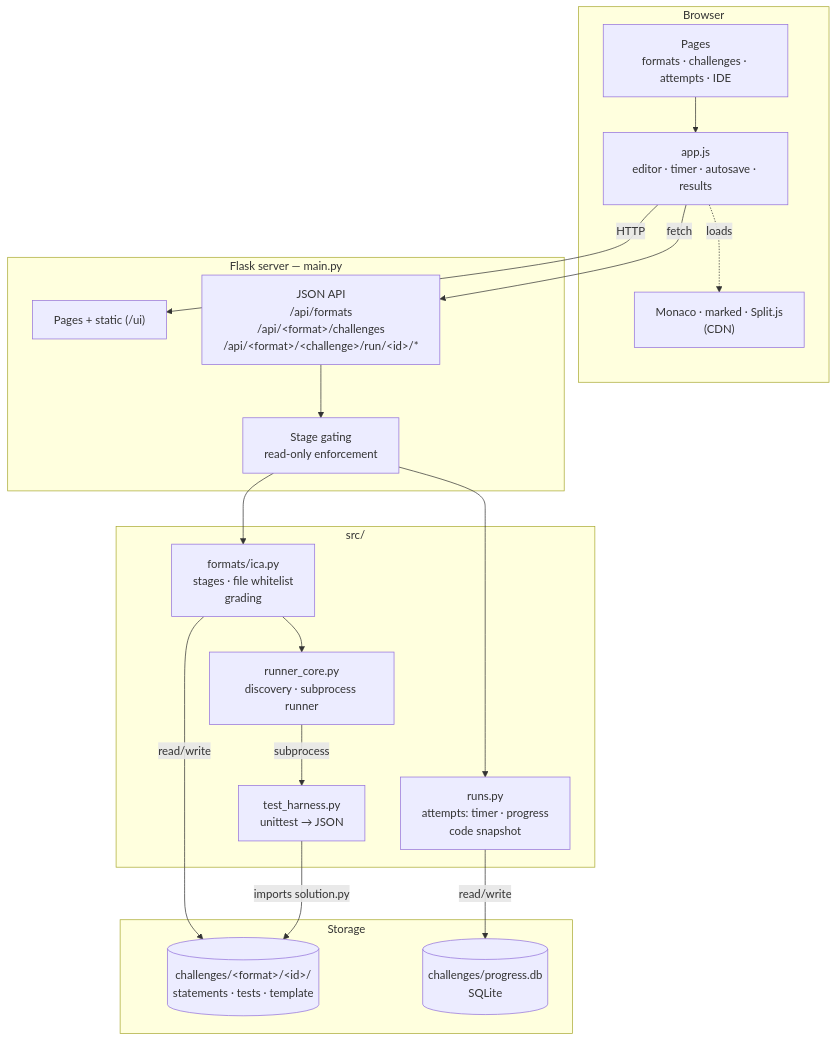
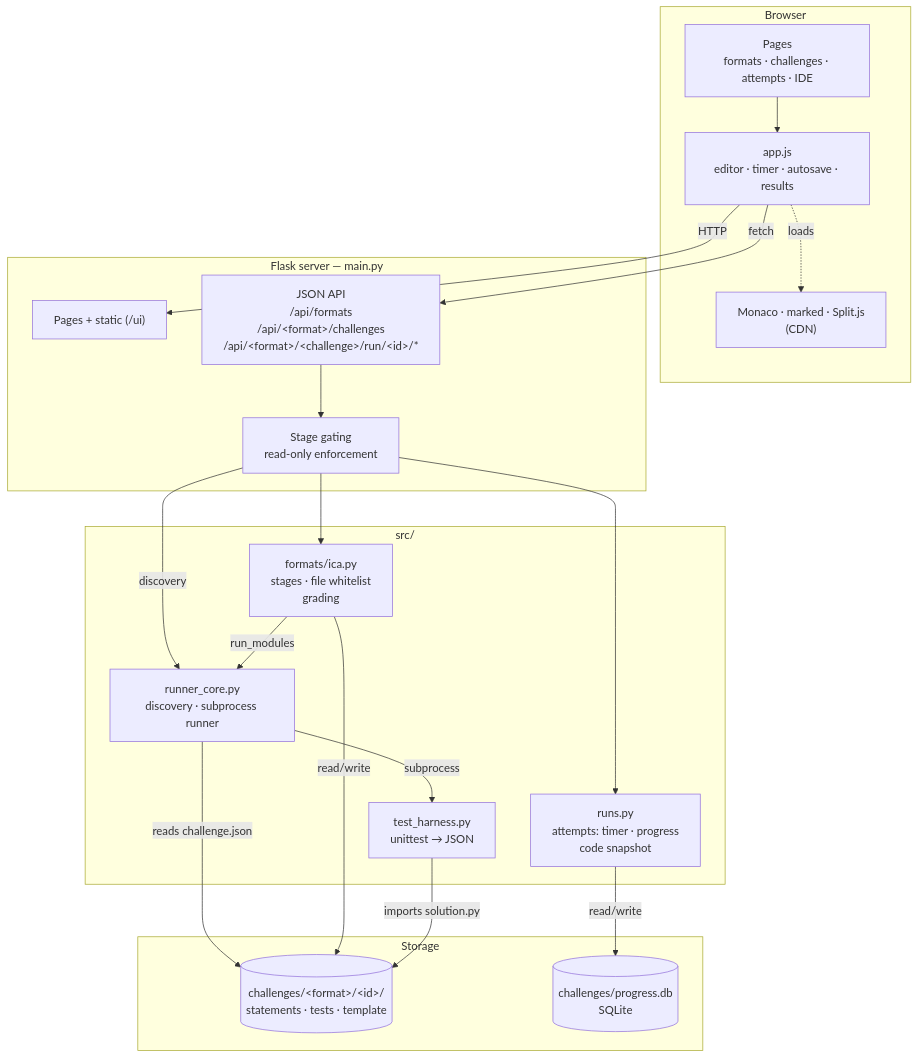
Before and after one commit to evertoncastro/CodeReps: the first of 4 diagrams in COMPONENTS.md, drawn with Mermaid. The commit also changed 2 other files, not shown here.

Commit message:
Fix stale paths and two missing edges in the docs
Found by running the refactor playbook's verification pass over the
format-pluggability refactor:

* The system-overview diagram showed formats/ica.py as the only path to
  runner_core, but main.py calls it directly for discovery and
  runner_core reads challenge.json itself — two edges were missing, so
  the diagram implied cleaner coupling than the code has.
* AGENTS.md used challenges/<id>/ for what is a format id, right next to
  a paragraph about challenge folders.
* prompt.md still referred to challenge_library/, a directory that has
  not existed for several refactors.

````diff
--- a/COMPONENTS.md
+++ b/COMPONENTS.md
@@ -8,39 +8,41 @@
 ```mermaid
 graph TB
     subgraph browser["Browser"]
         pages["Pages<br/>formats · challenges · attempts · IDE"]
         appjs["app.js<br/>editor · timer · autosave · results"]
         cdn["Monaco · marked · Split.js<br/>(CDN)"]
         appjs -.->|"loads"| cdn
     end
 
     subgraph server["Flask server — main.py"]
         routes["Pages + static (/ui)"]
         api["JSON API<br/>/api/formats<br/>/api/&lt;format&gt;/challenges<br/>/api/&lt;format&gt;/&lt;challenge&gt;/run/&lt;id&gt;/*"]
         gate["Stage gating<br/>read-only enforcement"]
     end
 
     subgraph core["src/"]
         fmt["formats/ica.py<br/>stages · file whitelist<br/>grading"]
         runner["runner_core.py<br/>discovery · subprocess runner"]
         runs["runs.py<br/>attempts: timer · progress<br/>code snapshot"]
         harness["test_harness.py<br/>unittest → JSON"]
     end
 
     subgraph storage["Storage"]
         lib[("challenges/&lt;format&gt;/&lt;id&gt;/<br/>statements · tests · template")]
         db[("challenges/progress.db<br/>SQLite")]
     end
 
     pages --> appjs
     appjs -->|"HTTP"| routes
     appjs -->|"fetch"| api
     api --> gate
     gate --> fmt
     gate --> runs
-    fmt --> runner
+    gate -->|"discovery"| runner
+    fmt -->|"run_modules"| runner
     runner -->|"subprocess"| harness
+    runner -->|"reads challenge.json"| lib
     fmt -->|"read/write"| lib
     harness -->|"imports solution.py"| lib
     runs -->|"read/write"| db
 ```
````
